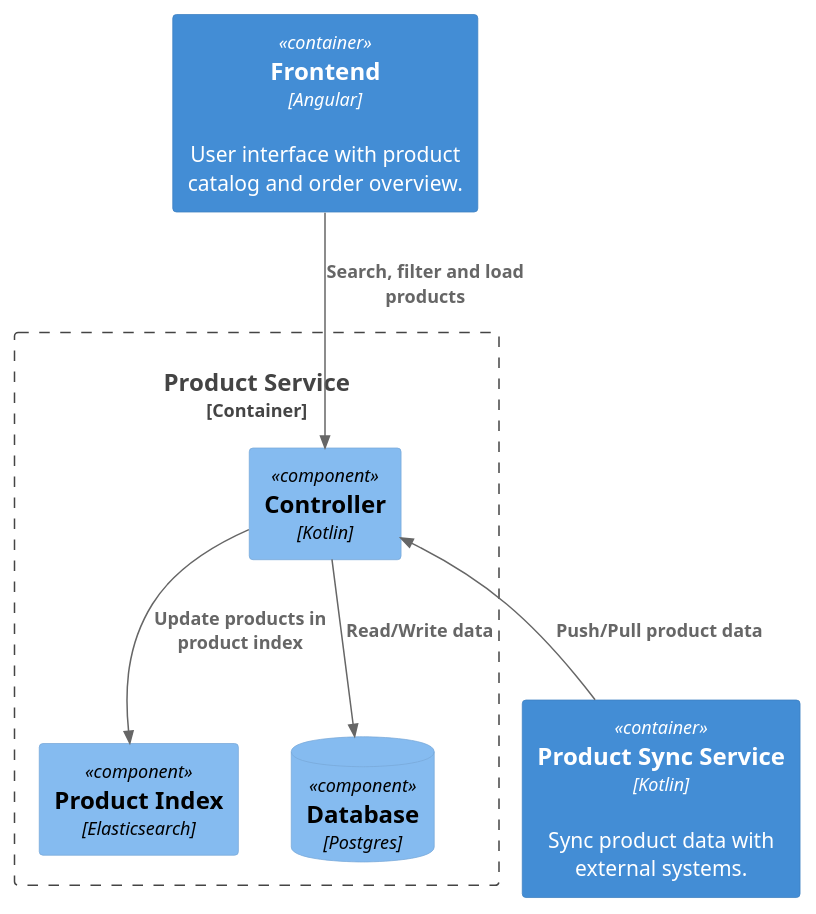
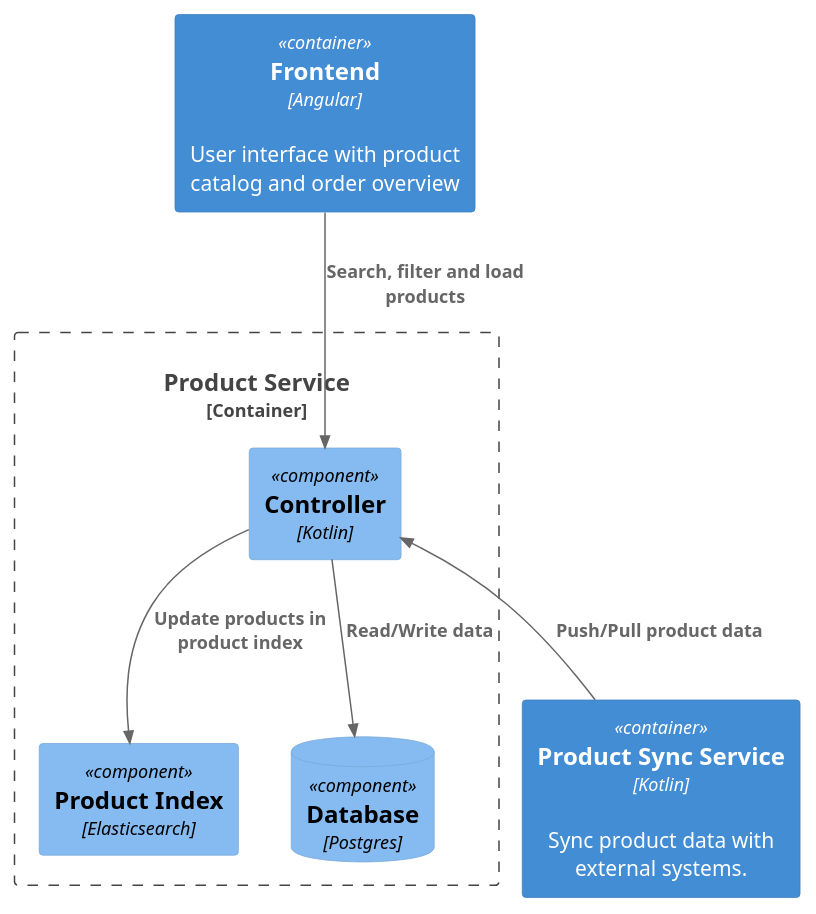
One commit to iris-hunkeler/architecture-documentation changed the diagram in C4/c4-3-component.puml. Above: the diagram before and after it, drawn with PlantUML.

Commit message:
test action

```diff
--- a/C4/c4-3-component.puml
+++ b/C4/c4-3-component.puml
@@ -1,24 +1,24 @@
 @startuml c4-3-component
 !include <C4/C4_Component>
 
-Container(frontend, "Frontend", "Angular", "User interface with product catalog and order overview.")
+Container(frontend, "Frontend", "Angular", "User interface with product catalog and order overview")
 
 Container_Boundary(system, "Product Service") {
 
     Component(controller, "Controller", "Kotlin")
     Component(elasticsearch, "Product Index", "Elasticsearch")
 
     ComponentDb(db, "Database", "Postgres")
 }
 
 Container(product_sync, "Product Sync Service", "Kotlin", "Sync product data with external systems.")
 
 
 Rel(controller, elasticsearch, "Update products in product index")
 Rel(controller, db, "Read/Write data")
 
 Rel(frontend, controller, "Search, filter and load products")
 Rel_U(product_sync, controller, "Push/Pull product data")
 
 
 @enduml
```
